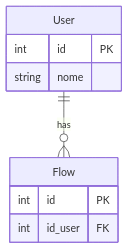
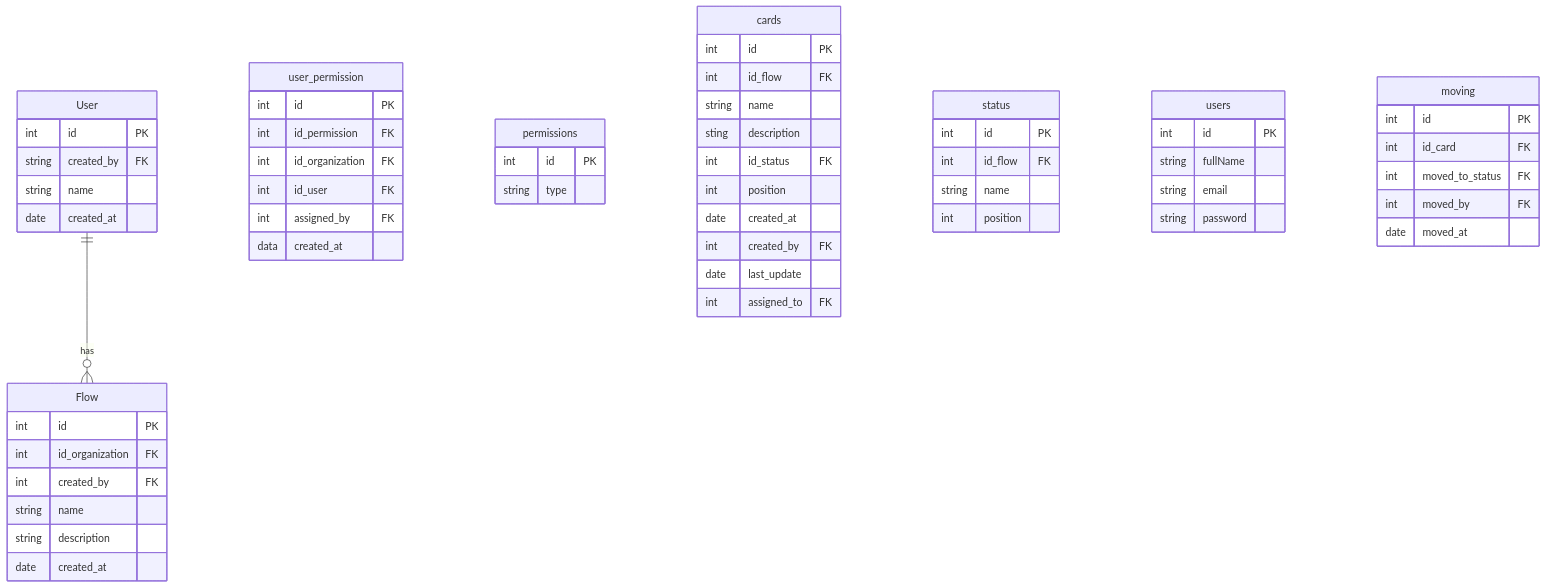
One commit to andrechamelete/flow-management changed the second of 2 diagrams in README.md. Above: the diagram before and after it, drawn with Mermaid.

````diff
--- a/README.md
+++ b/README.md
@@ -170,14 +170,70 @@
 ```mermaid
     erDiagram
     User {
         int id PK
-        string nome
+        string created_by FK
+        string name
+        date created_at        
     }
 
     Flow {
         int id PK
+        int id_organization FK
+        int created_by FK
+        string name
+        string description
+        date created_at
+    }
+
+    user_permission {
+        int id PK
+        int id_permission FK
+        int id_organization FK
         int id_user FK
+        int assigned_by FK
+        data created_at
     }
+
+    permissions {
+        int id PK
+        string type
+    }
+
+    cards {
+        int id PK
+        int id_flow FK
+        string name
+        sting description
+        int id_status FK
+        int position
+        date created_at
+        int created_by FK
+        date last_update
+        int assigned_to FK
+    }
+
+    status {
+        int id PK
+        int id_flow FK
+        string name
+        int position
+    }
+
+    users {
+        int id PK
+        string fullName
+        string email
+        string password
+    }
+
+    moving {
+        int id PK
+        int id_card FK
+        int moved_to_status FK
+        int moved_by FK
+        date moved_at
+    }
+    
 
     User ||--o{ Flow : "has"
 ```
````
